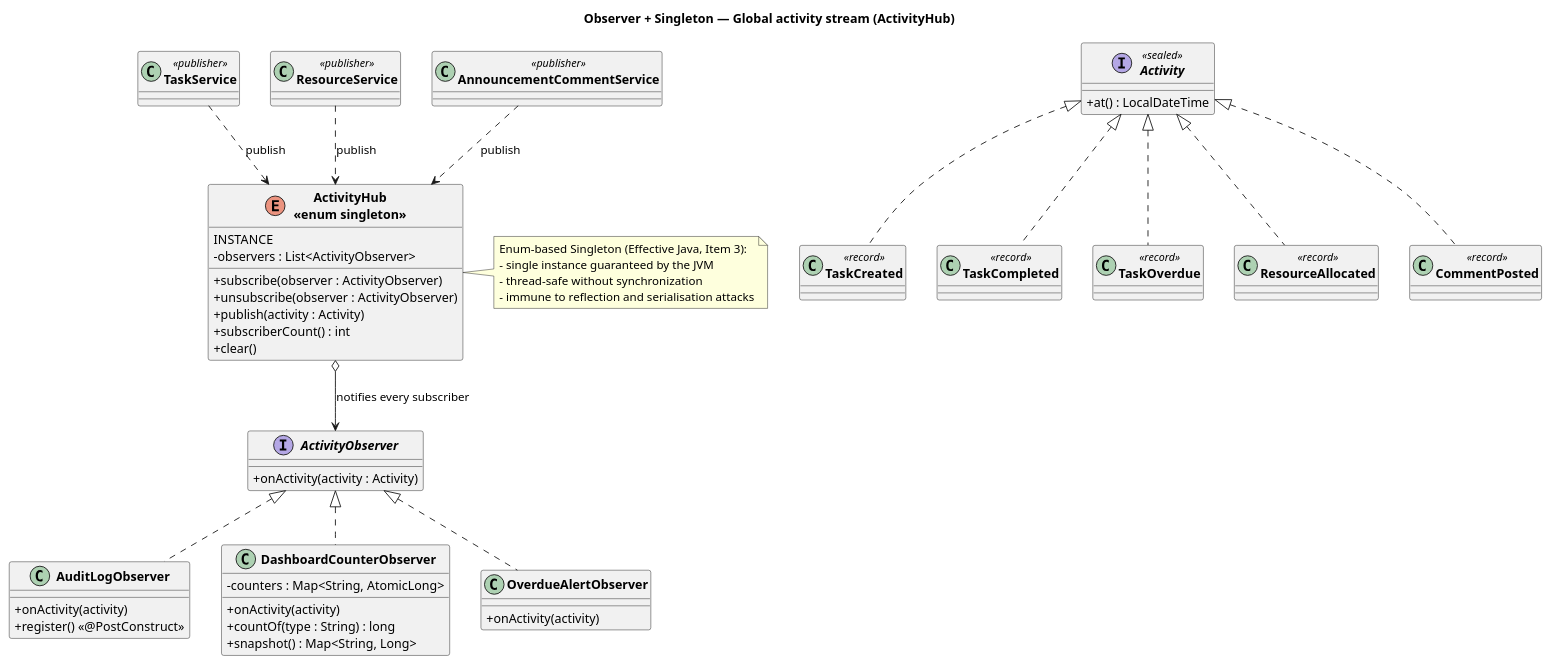
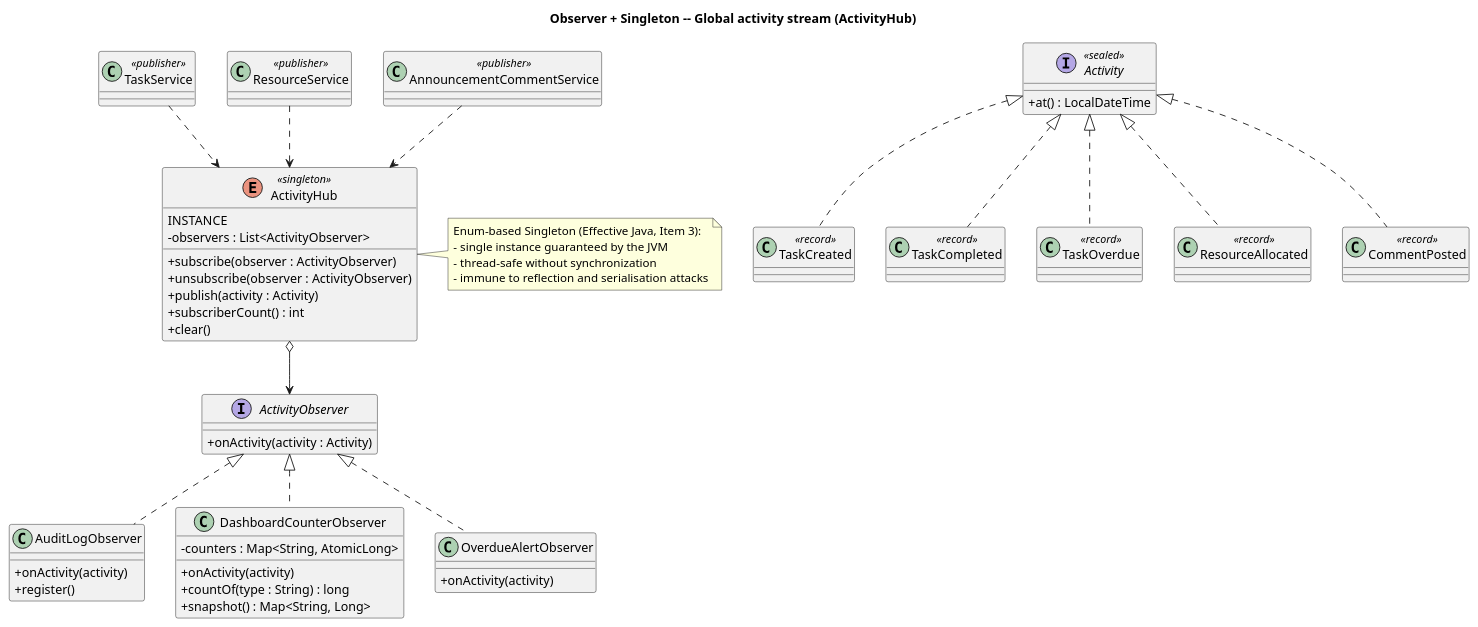
One commit to OmarTheGrey/Constructflow-Project-Management changed the diagram in docs/uml/07_observer_singleton_activity_hub.puml. Above: the diagram before and after it, drawn with PlantUML. The commit also changed 16 other files, not shown here.

First line of the commit message:
docs(uml): fix PlantUML syntax, add rendered diagrams, rewrite README

```diff
--- a/docs/uml/07_observer_singleton_activity_hub.puml
+++ b/docs/uml/07_observer_singleton_activity_hub.puml
@@ -1,72 +1,74 @@
 @startuml observer_singleton_activity_hub
-title Observer + Singleton — Global activity stream (ActivityHub)
+title Observer + Singleton -- Global activity stream (ActivityHub)
 
 skinparam classAttributeIconSize 0
-skinparam classFontStyle bold
 skinparam backgroundColor white
 
-enum "ActivityHub\n<<enum singleton>>" as ActivityHub {
+enum ActivityHub <<singleton>> {
   INSTANCE
   - observers : List<ActivityObserver>
   + subscribe(observer : ActivityObserver)
   + unsubscribe(observer : ActivityObserver)
   + publish(activity : Activity)
   + subscriberCount() : int
   + clear()
 }
 
 interface ActivityObserver {
   + onActivity(activity : Activity)
 }
 
 class AuditLogObserver {
   + onActivity(activity)
-  + register() <<@PostConstruct>>
+  + register()
 }
+
 class DashboardCounterObserver {
   - counters : Map<String, AtomicLong>
   + onActivity(activity)
   + countOf(type : String) : long
   + snapshot() : Map<String, Long>
 }
+
 class OverdueAlertObserver {
   + onActivity(activity)
 }
 
 interface Activity <<sealed>> {
   + at() : LocalDateTime
 }
-class "TaskCreated" as TaskCreated <<record>>
-class "TaskCompleted" as TaskCompleted <<record>>
-class "TaskOverdue" as TaskOverdue <<record>>
-class "ResourceAllocated" as ResourceAllocated <<record>>
-class "CommentPosted" as CommentPosted <<record>>
+
+class TaskCreated <<record>>
+class TaskCompleted <<record>>
+class TaskOverdue <<record>>
+class ResourceAllocated <<record>>
+class CommentPosted <<record>>
 
 class TaskService <<publisher>>
 class ResourceService <<publisher>>
 class AnnouncementCommentService <<publisher>>
 
 ActivityObserver <|.. AuditLogObserver
 ActivityObserver <|.. DashboardCounterObserver
 ActivityObserver <|.. OverdueAlertObserver
 
 Activity <|.. TaskCreated
 Activity <|.. TaskCompleted
 Activity <|.. TaskOverdue
 Activity <|.. ResourceAllocated
 Activity <|.. CommentPosted
 
-ActivityHub o--> ActivityObserver : notifies every subscriber
+ActivityHub o--> ActivityObserver
 
-TaskService ..> ActivityHub : publish
-ResourceService ..> ActivityHub : publish
-AnnouncementCommentService ..> ActivityHub : publish
+TaskService ..> ActivityHub
+ResourceService ..> ActivityHub
+AnnouncementCommentService ..> ActivityHub
 
 note right of ActivityHub
   Enum-based Singleton (Effective Java, Item 3):
   - single instance guaranteed by the JVM
   - thread-safe without synchronization
   - immune to reflection and serialisation attacks
 end note
 
 @enduml
```
